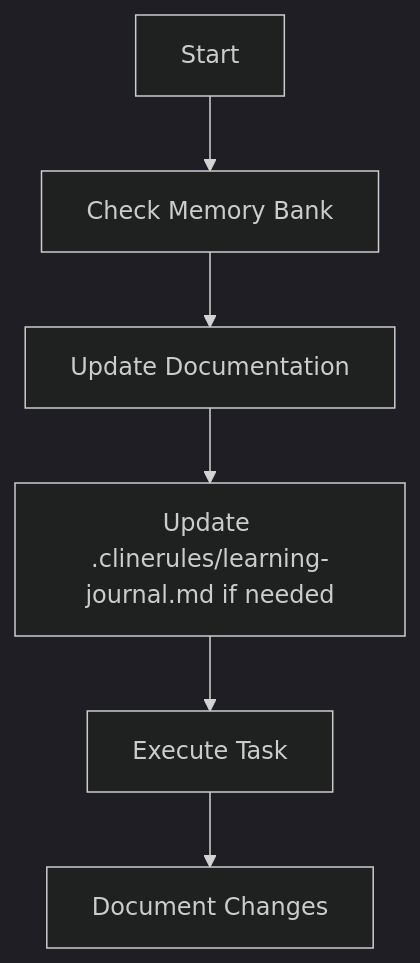
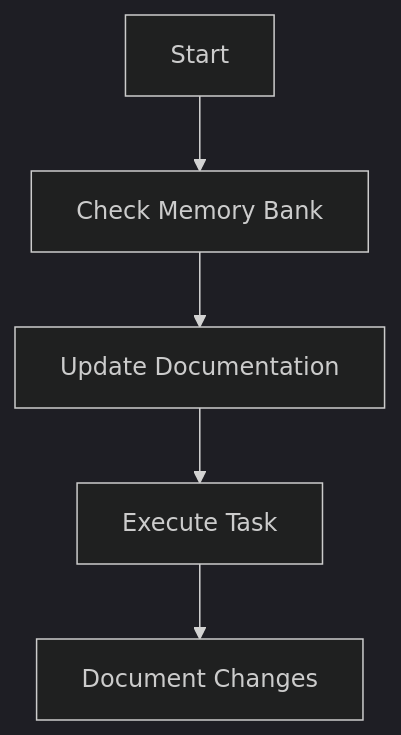
One commit to gitpod-io/gitpod changed the third of 4 diagrams in .clinerules/memory-bank.md. Above: the diagram before and after it, drawn with Mermaid (dark theme). The commit also changed other lines of this file, not shown here.

Commit message:
[cline] Fix memory-bank rules

````diff
--- a/.clinerules/memory-bank.md
+++ b/.clinerules/memory-bank.md
@@ -87,8 +92,7 @@
 ```mermaid
 flowchart TD
     Start[Start] --> Context[Check Memory Bank]
     Context --> Update[Update Documentation]
-    Update --> Rules[Update .clinerules/learning-journal.md if needed]
-    Rules --> Execute[Execute Task]
+    Update --> Execute[Execute Task]
     Execute --> Document[Document Changes]
 ```
````
